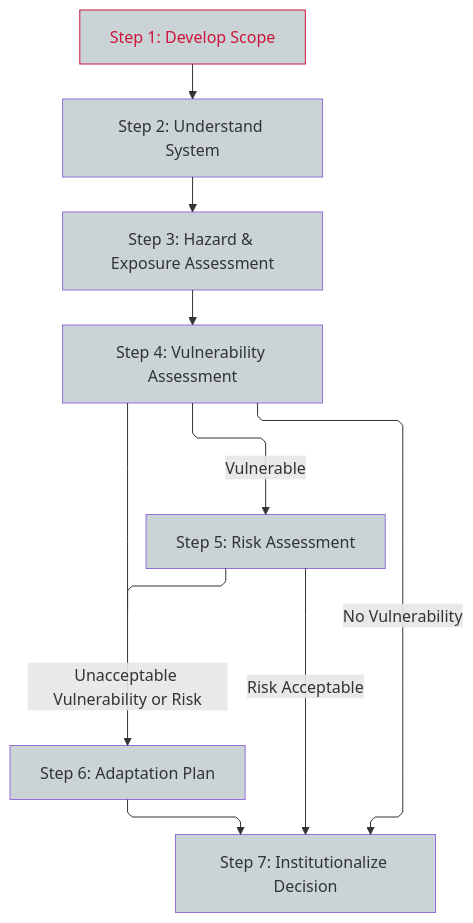
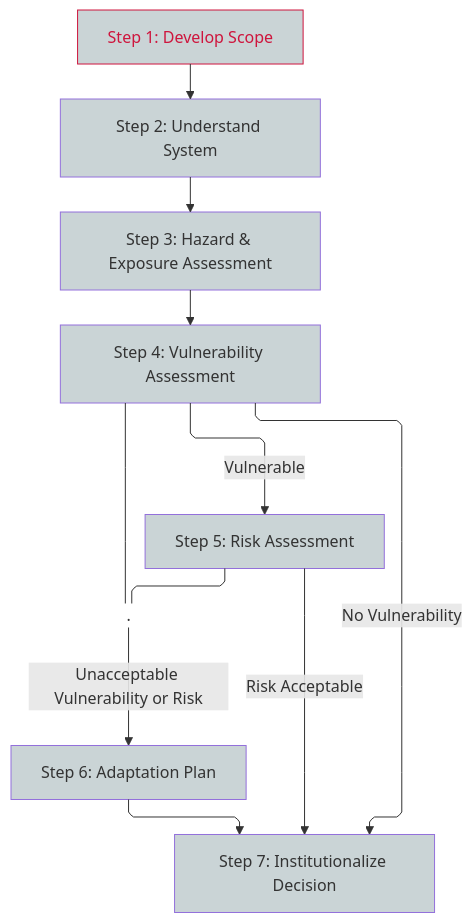
The diagram in ecdg_report/adaptation/risk_step1.qmd (Ouranosinc/energy_climate_data_guide), drawn with Mermaid before and after one commit. The commit also changed 3 other files, not shown here.

````diff
--- a/ecdg_report/adaptation/risk_step1.qmd
+++ b/ecdg_report/adaptation/risk_step1.qmd
@@ -26,25 +26,26 @@
 ```{mermaid}
 %%| fig-align: center
 %%| fig-cap: "Generic Workflow for Adaptation"
 ---
 config:
     flowchart:
         curve: linear
 ---
 flowchart-elk TD
     A[Step 1: Develop Scope]:::focus --> B[Step 2: Understand System]:::basic
     B --> C[Step 3: Hazard & Exposure Assessment]:::basic
     C --> D[Step 4: Vulnerability Assessment]:::basic
     H[Step 7: Institutionalize Decision]:::basic
     D --> |No Vulnerability| H
     D --> |Vulnerable| E[Step 5: Risk Assessment]:::basic
     F[Step 6: Adaptation Plan]:::basic
-    D & E --- J1[ ]:::join
+    D --- J1((.)):::join
+    E --- J1
     J1 --> |Unacceptable Vulnerability or Risk| F
     E --> |Risk Acceptable| H
     F --> H
 
     classDef basic fill:#CAD4D6
     classDef focus fill:#CAD4D6, stroke:#CE153D, color:#CE153D
-    classDef join height:0px
+    classDef join fill:none,stroke:none
 ```
````
